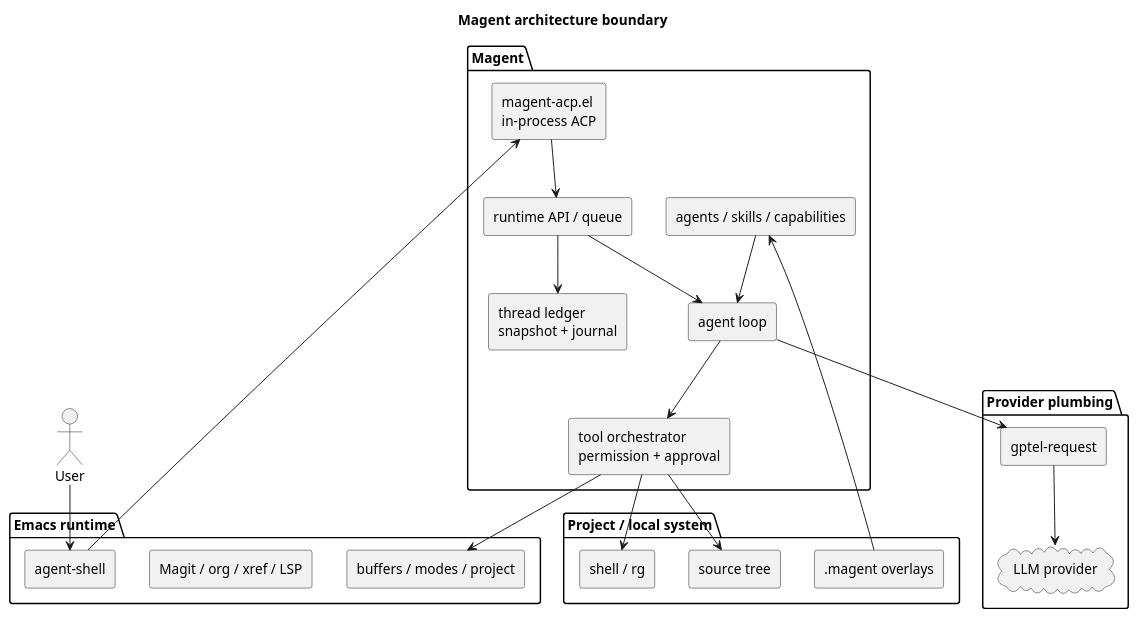
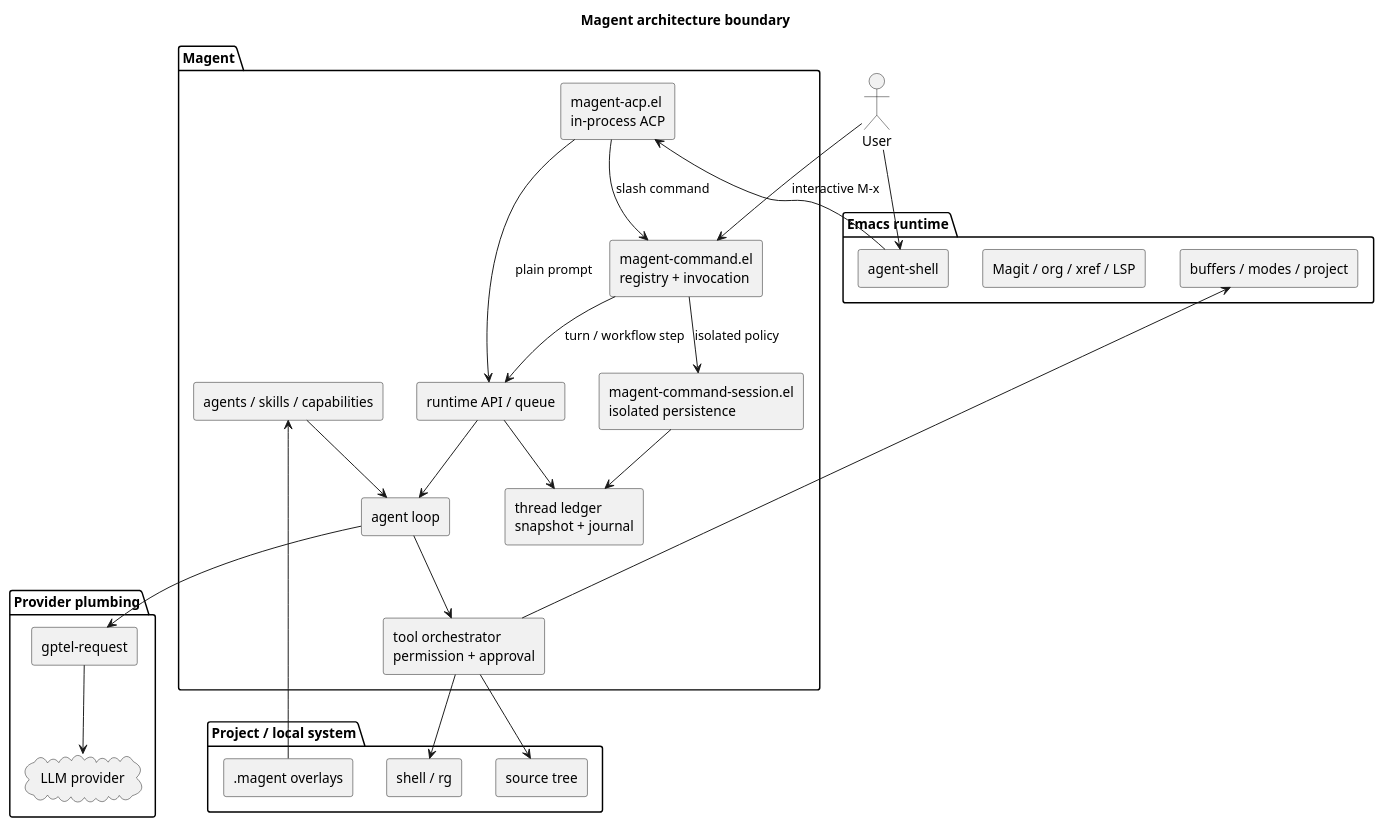
One commit to Jamie-Cui/magent changed the first of 3 diagrams in docs/_diagrams/magent-architecture.org. Above: the diagram before and after it, drawn with PlantUML. The commit also changed other lines of this file and 33 other files, not shown here.

```diff
--- a/docs/_diagrams/magent-architecture.org
+++ b/docs/_diagrams/magent-architecture.org
@@ -6,50 +6,57 @@
 #+begin_src plantuml :file ../assets/img/diagrams/architecture-boundary.svg :exports results :results file
 @startuml
 title Magent architecture boundary
 skinparam monochrome true
 skinparam shadowing false
 skinparam componentStyle rectangle
 
 actor User
 
 package "Emacs runtime" {
   [buffers / modes / project]
   [Magit / org / xref / LSP]
   [agent-shell]
 }
 
 package "Magent" {
   [magent-acp.el\nin-process ACP]
+  [magent-command.el\nregistry + invocation]
+  [magent-command-session.el\nisolated persistence]
   [runtime API / queue]
   [thread ledger\nsnapshot + journal]
   [agent loop]
   [tool orchestrator\npermission + approval]
   [agents / skills / capabilities]
 }
 
 package "Provider plumbing" {
   [gptel-request]
   cloud "LLM provider" as Provider
 }
 
 package "Project / local system" {
   [source tree]
   [shell / rg]
   [.magent overlays]
 }
 
 User --> [agent-shell]
+User --> [magent-command.el\nregistry + invocation] : interactive M-x
 [agent-shell] --> [magent-acp.el\nin-process ACP]
-[magent-acp.el\nin-process ACP] --> [runtime API / queue]
+[magent-acp.el\nin-process ACP] --> [runtime API / queue] : plain prompt
+[magent-acp.el\nin-process ACP] --> [magent-command.el\nregistry + invocation] : slash command
+[magent-command.el\nregistry + invocation] --> [runtime API / queue] : turn / workflow step
+[magent-command.el\nregistry + invocation] --> [magent-command-session.el\nisolated persistence] : isolated policy
+[magent-command-session.el\nisolated persistence] --> [thread ledger\nsnapshot + journal]
 [runtime API / queue] --> [thread ledger\nsnapshot + journal]
 [runtime API / queue] --> [agent loop]
 [agent loop] --> [gptel-request]
 [gptel-request] --> Provider
 [agent loop] --> [tool orchestrator\npermission + approval]
 [tool orchestrator\npermission + approval] --> [source tree]
 [tool orchestrator\npermission + approval] --> [shell / rg]
 [tool orchestrator\npermission + approval] --> [buffers / modes / project]
 [agents / skills / capabilities] --> [agent loop]
 [.magent overlays] --> [agents / skills / capabilities]
 @enduml
 #+end_src
```
